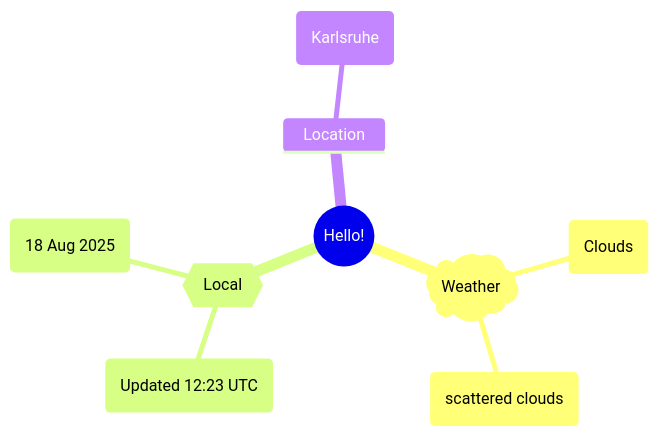
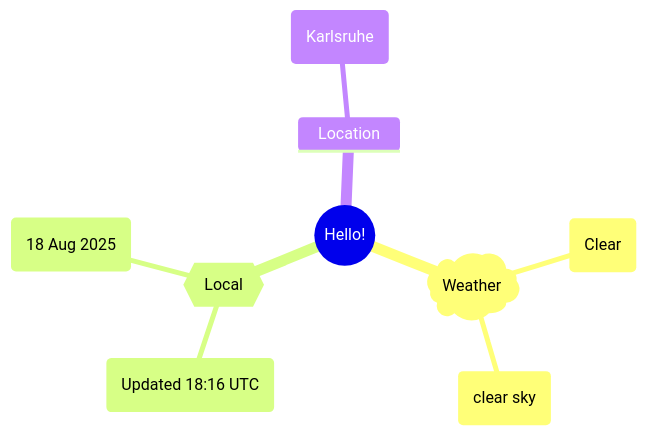
One commit to Xosrov/Xosrov changed the first of 2 diagrams in README.md. Above: the diagram before and after it, drawn with Mermaid.

Commit message:
[bot] updated images

````diff
--- a/README.md
+++ b/README.md
@@ -3,12 +3,12 @@
 ```mermaid
 mindmap
   root((Hello!))
     )Weather(
-        (Clouds)
-        (scattered clouds)
+        (Clear)
+        (clear sky)
     {{Local}}
-        (Updated 12:23 UTC)
+        (Updated 18:16 UTC)
         (18 Aug 2025)
     Location
         (Karlsruhe)
 ```
````
